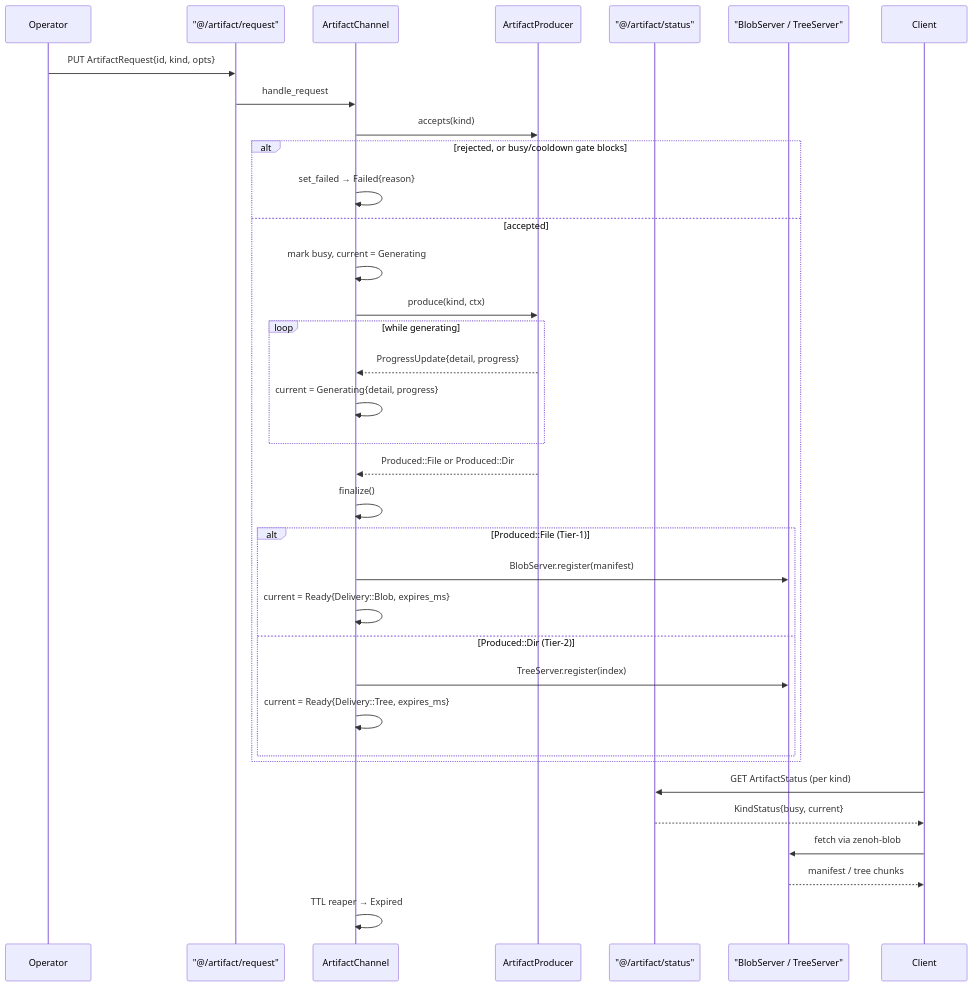
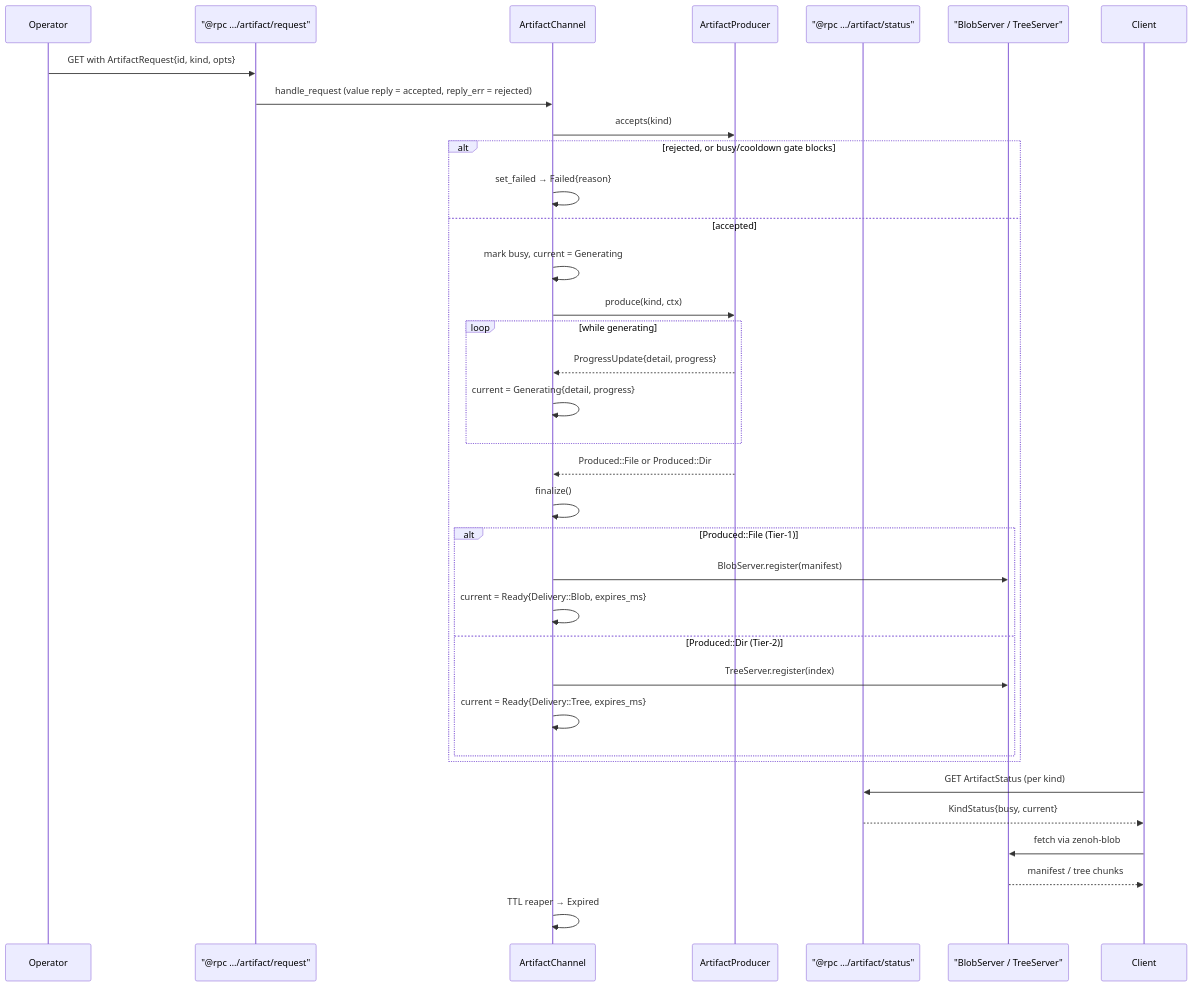
The second of 2 diagrams in zensight-sensor-core/docs/artifacts.md (p13marc/zensight), drawn with Mermaid before and after one commit. The commit also changed other lines of this file and 67 other files, not shown here.

````diff
--- a/zensight-sensor-core/docs/artifacts.md
+++ b/zensight-sensor-core/docs/artifacts.md
@@ -64,38 +69,38 @@
 ```mermaid
 sequenceDiagram
     participant Operator
-    participant Request as "@/artifact/request"
+    participant Request as "@rpc …/artifact/request"
     participant Channel as ArtifactChannel
     participant Producer as ArtifactProducer
-    participant Status as "@/artifact/status"
+    participant Status as "@rpc …/artifact/status"
     participant Blob as "BlobServer / TreeServer"
     participant Client
 
-    Operator->>Request: PUT ArtifactRequest{id, kind, opts}
-    Request->>Channel: handle_request
+    Operator->>Request: GET with ArtifactRequest{id, kind, opts}
+    Request->>Channel: handle_request (value reply = accepted, reply_err = rejected)
     Channel->>Producer: accepts(kind)
     alt rejected, or busy/cooldown gate blocks
         Channel->>Channel: set_failed → Failed{reason}
     else accepted
         Channel->>Channel: mark busy, current = Generating
         Channel->>Producer: produce(kind, ctx)
         loop while generating
             Producer-->>Channel: ProgressUpdate{detail, progress}
             Channel->>Channel: current = Generating{detail, progress}
         end
         Producer-->>Channel: Produced::File or Produced::Dir
         Channel->>Channel: finalize()
         alt Produced::File (Tier-1)
             Channel->>Blob: BlobServer.register(manifest)
             Channel->>Channel: current = Ready{Delivery::Blob, expires_ms}
         else Produced::Dir (Tier-2)
             Channel->>Blob: TreeServer.register(index)
             Channel->>Channel: current = Ready{Delivery::Tree, expires_ms}
         end
     end
     Client->>Status: GET ArtifactStatus (per kind)
     Status-->>Client: KindStatus{busy, current}
     Client->>Blob: fetch via zenoh-blob
     Blob-->>Client: manifest / tree chunks
     Channel->>Channel: TTL reaper → Expired
 ```
````
